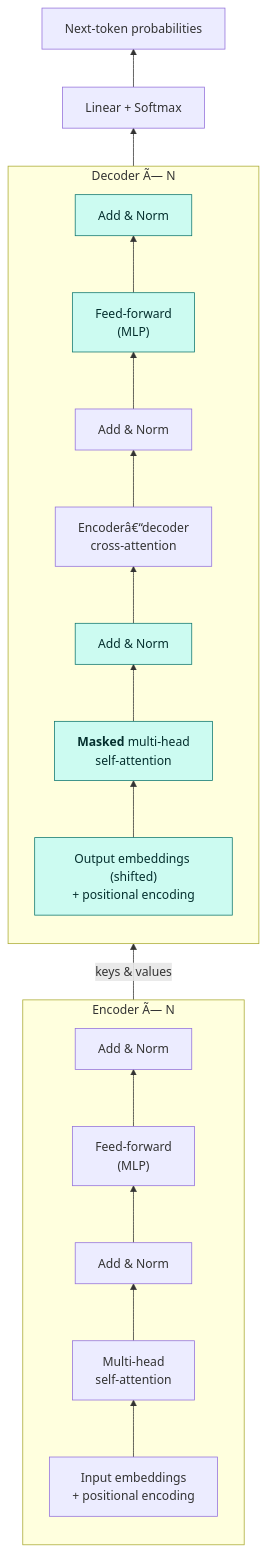
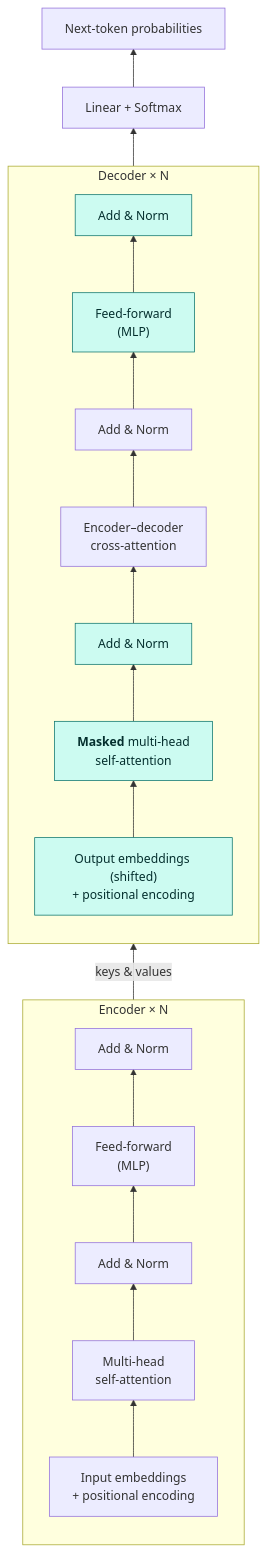
Diagram 12 of 15 in README.md (cyourth/neural-network-lineage), drawn with Mermaid before and after one commit. The commit also changed other lines of this file, not shown here.

````diff
--- a/README.md
+++ b/README.md
@@ -541,24 +541,24 @@
 ```mermaid
 flowchart BT
-    subgraph ENC["Encoder Ã— N"]
+    subgraph ENC["Encoder × N"]
         direction BT
         EI["Input embeddings<br/>+ positional encoding"] --> EMHA["Multi-head<br/>self-attention"]
         EMHA --> EAN1["Add & Norm"]
         EAN1 --> EFF["Feed-forward<br/>(MLP)"]
         EFF --> EAN2["Add & Norm"]
     end
-    subgraph DEC["Decoder Ã— N"]
+    subgraph DEC["Decoder × N"]
         direction BT
         DI["Output embeddings (shifted)<br/>+ positional encoding"] --> DMHA["<b>Masked</b> multi-head<br/>self-attention"]
         DMHA --> DAN1["Add & Norm"]
-        DAN1 --> DXA["Encoderâ€“decoder<br/>cross-attention"]
+        DAN1 --> DXA["Encoder–decoder<br/>cross-attention"]
         DXA --> DAN2["Add & Norm"]
         DAN2 --> DFF["Feed-forward<br/>(MLP)"]
         DFF --> DAN3["Add & Norm"]
     end
     EAN2 -->|"keys & values"| DXA
     DAN3 --> LIN["Linear + Softmax"] --> P["Next-token probabilities"]
 
     classDef keep fill:#CCFBF1,stroke:#0F766E,color:#042F2E
     class DI,DMHA,DAN1,DFF,DAN3 keep
 ```
````
